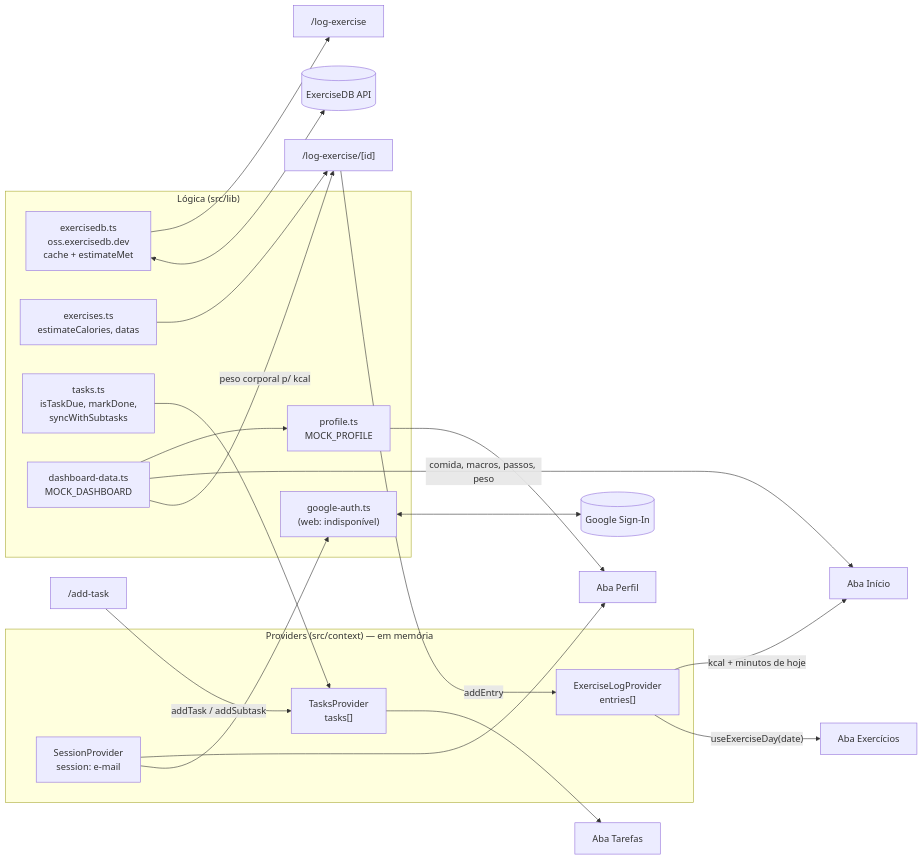
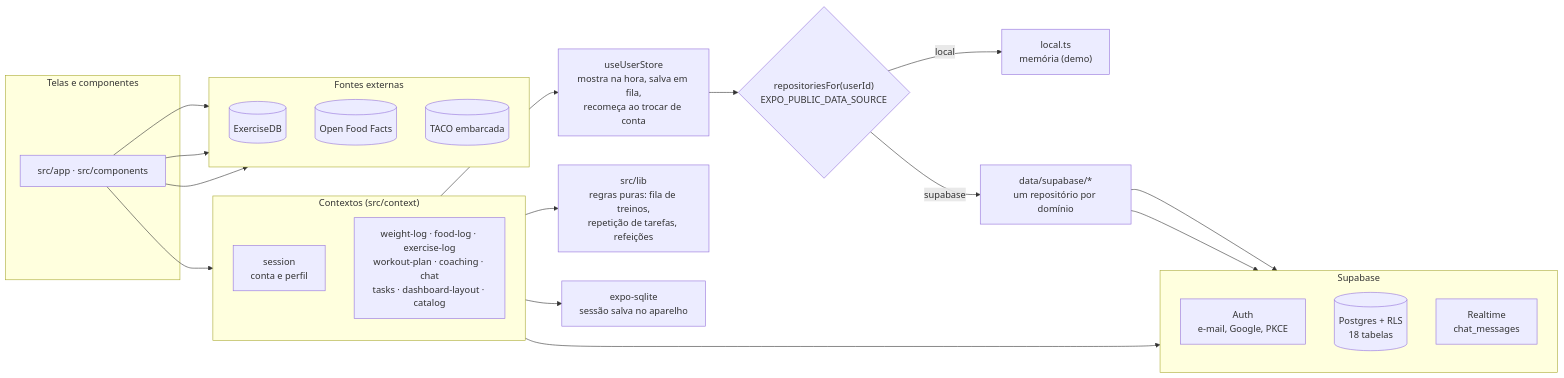
Before and after one commit to willians-e-silva/treina: the fifth of 7 diagrams in docs/FLUXOGRAMA.md, drawn with Mermaid. The commit also changed other lines of this file, not shown here.

````diff
--- a/docs/FLUXOGRAMA.md
+++ b/docs/FLUXOGRAMA.md
@@ -163,36 +189,44 @@
 ```mermaid
 flowchart LR
-    subgraph Providers["Providers (src/context) — em memória"]
-        S["SessionProvider<br/>session: e-mail"]
-        EL["ExerciseLogProvider<br/>entries[]"]
-        TK["TasksProvider<br/>tasks[]"]
+    subgraph UI["Telas e componentes"]
+        Screens["src/app · src/components"]
     end
 
-    subgraph Libs["Lógica (src/lib)"]
-        GA["google-auth.ts<br/>(web: indisponível)"]
-        EDB["exercisedb.ts<br/>oss.exercisedb.dev<br/>cache + estimateMet"]
-        EX["exercises.ts<br/>estimateCalories, datas"]
-        TL["tasks.ts<br/>isTaskDue, markDone,<br/>syncWithSubtasks"]
-        DD["dashboard-data.ts<br/>MOCK_DASHBOARD"]
-        PR["profile.ts<br/>MOCK_PROFILE"]
+    subgraph Ctx["Contextos (src/context)"]
+        direction TB
+        Session["session<br/>conta e perfil"]
+        Stores["weight-log · food-log · exercise-log<br/>workout-plan · coaching · chat<br/>tasks · dashboard-layout · catalog"]
     end
 
-    API[("ExerciseDB API")]
-    GAPI[("Google Sign-In")]
+    Store["useUserStore<br/>mostra na hora, salva em fila,<br/>recomeça ao trocar de conta"]
+    Repo{"repositoriesFor(userId)<br/>EXPO_PUBLIC_DATA_SOURCE"}
+    Local["local.ts<br/>memória (demo)"]
+    SupaRepo["data/supabase/*<br/>um repositório por domínio"]
 
-    GA <--> GAPI
-    S --> GA
-    EDB <--> API
-    EDB --> SearchScreen["/log-exercise"]
-    EX --> DetailsScreen["/log-exercise/[id]"]
-    DD -- "peso corporal p/ kcal" --> DetailsScreen
-    DetailsScreen -- "addEntry" --> EL
-    EL -- "useExerciseDay(date)" --> ExerciseTab["Aba Exercícios"]
-    EL -- "kcal + minutos de hoje" --> HomeTab["Aba Início"]
-    DD -- "comida, macros, passos, peso" --> HomeTab
-    TL --> TK
-    TK --> TasksTab["Aba Tarefas"]
-    AddTaskScreen["/add-task"] -- "addTask / addSubtask" --> TK
-    DD --> PR --> ProfileTab["Aba Perfil"]
-    S --> ProfileTab
+    subgraph SB["Supabase"]
+        direction TB
+        SAuth["Auth<br/>e-mail, Google, PKCE"]
+        DB[("Postgres + RLS<br/>18 tabelas")]
+        RT["Realtime<br/>chat_messages"]
+    end
+
+    subgraph Ext["Fontes externas"]
+        direction TB
+        EDB[("ExerciseDB")]
+        OFF[("Open Food Facts")]
+        TACO[("TACO embarcada")]
+    end
+
+    Lib["src/lib<br/>regras puras: fila de treinos,<br/>repetição de tarefas, refeições"]
+    SQLite["expo-sqlite<br/>sessão salva no aparelho"]
+
+    Screens --> Ctx
+    Session --> SAuth
+    Session --> SQLite
+    Stores --> Store --> Repo
+    Repo -- "local" --> Local
+    Repo -- "supabase" --> SupaRepo --> DB
+    SupaRepo --> RT
+    Ctx --> Lib
+    Screens --> EDB & OFF & TACO
 ```
````
